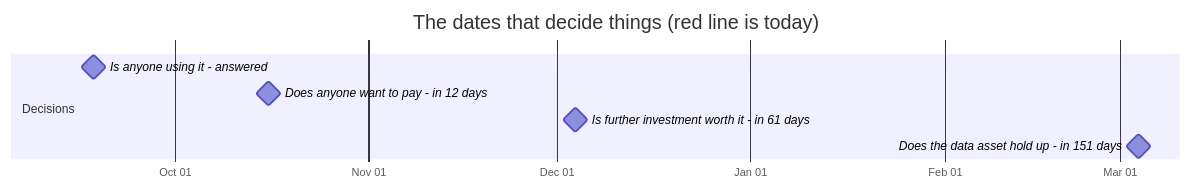
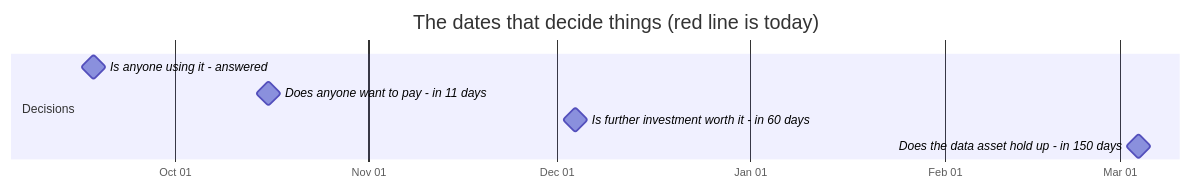
The first of 2 diagrams in docs/OWNER.md (jakegu1/vetagent), drawn with Mermaid before and after one commit. The commit also changed other lines of this file and 1 other file, not shown here.

````diff
--- a/docs/OWNER.md
+++ b/docs/OWNER.md
@@ -76,12 +76,12 @@
 ```mermaid
 gantt
     dateFormat YYYY-MM-DD
     axisFormat %b %d
     todayMarker stroke-width:3px,stroke:#d33,stroke-dasharray:0
     title The dates that decide things (red line is today)
     section Decisions
     Is anyone using it - answered :milestone, 2026-09-18, 0d
-    Does anyone want to pay - in 12 days :milestone, 2026-10-16, 0d
-    Is further investment worth it - in 61 days :milestone, 2026-12-04, 0d
-    Does the data asset hold up - in 151 days :milestone, 2027-03-04, 0d
+    Does anyone want to pay - in 11 days :milestone, 2026-10-16, 0d
+    Is further investment worth it - in 60 days :milestone, 2026-12-04, 0d
+    Does the data asset hold up - in 150 days :milestone, 2027-03-04, 0d
 ```
````
